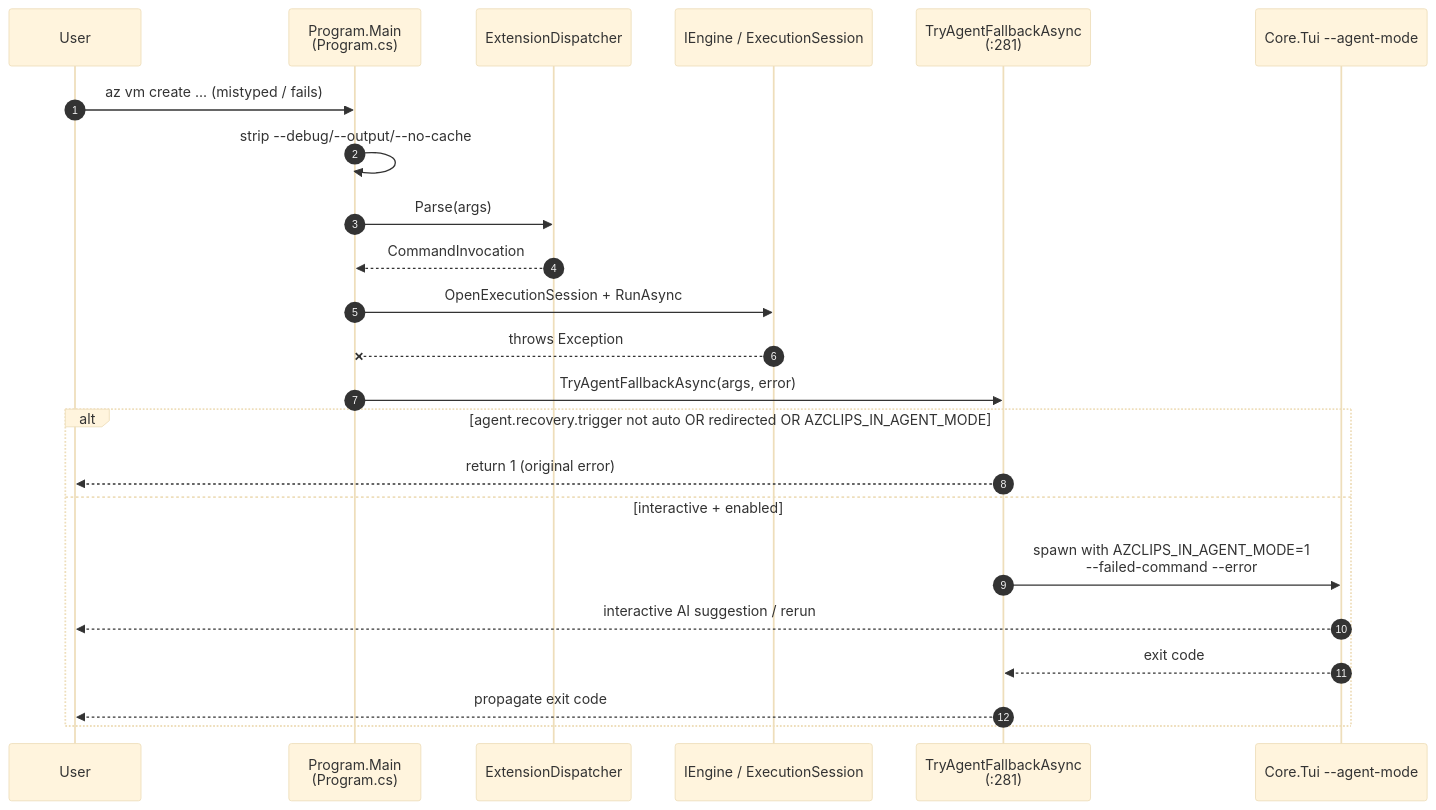
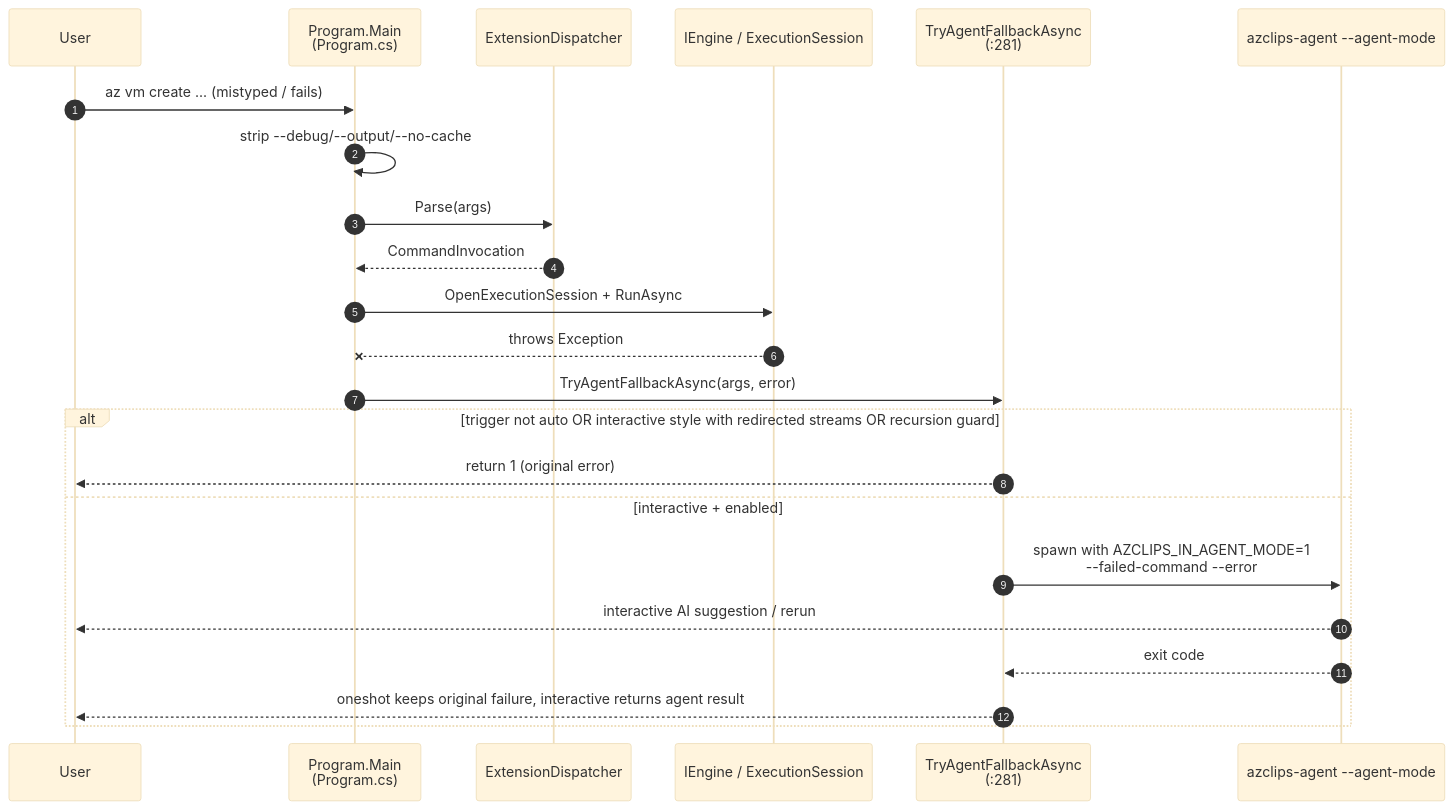
The second of 2 diagrams in wiki/01-getting-started/cli-usage.md (Azure/azclips), drawn with Mermaid (base theme) before and after one commit. The commit also changed other lines of this file and 19 other files, not shown here.

````diff
--- a/wiki/01-getting-started/cli-usage.md
+++ b/wiki/01-getting-started/cli-usage.md
@@ -104,26 +123,26 @@
 ```mermaid
 sequenceDiagram
     autonumber
     participant User
     participant Main as Program.Main<br>(Program.cs)
     participant Disp as ExtensionDispatcher
     participant Eng as IEngine / ExecutionSession
     participant Fallback as TryAgentFallbackAsync<br>(:281)
-    participant TUI as Core.Tui --agent-mode
+    participant TUI as azclips-agent --agent-mode
 
     User->>Main: az vm create ... (mistyped / fails)
     Main->>Main: strip --debug/--output/--no-cache
     Main->>Disp: Parse(args)
     Disp-->>Main: CommandInvocation
     Main->>Eng: OpenExecutionSession + RunAsync
     Eng--xMain: throws Exception
     Main->>Fallback: TryAgentFallbackAsync(args, error)
-    alt agent.recovery.trigger not auto OR redirected OR AZCLIPS_IN_AGENT_MODE
+    alt trigger not auto OR interactive style with redirected streams OR recursion guard
         Fallback-->>User: return 1 (original error)
     else interactive + enabled
         Fallback->>TUI: spawn with AZCLIPS_IN_AGENT_MODE=1<br>--failed-command --error
         TUI-->>User: interactive AI suggestion / rerun
         TUI-->>Fallback: exit code
-        Fallback-->>User: propagate exit code
+        Fallback-->>User: oneshot keeps original failure, interactive returns agent result
     end
 ```
````
